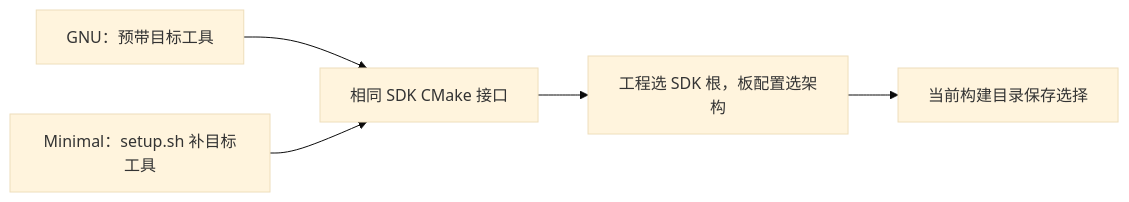
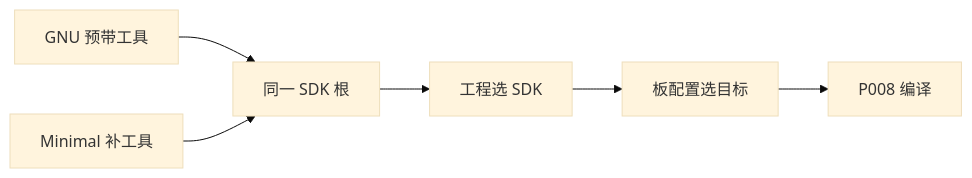
Before and after one commit to FormingSystem/zephyr_hc32f4a0: the second of 2 diagrams in learning/P01_zephyr_make_project/P001_官方环境安装与源码准备_Linux.md, drawn with Mermaid (base theme). The commit also changed other lines of this file and 83 other files, not shown here.

````diff
--- a/learning/P01_zephyr_make_project/P001_官方环境安装与源码准备_Linux.md
+++ b/learning/P01_zephyr_make_project/P001_官方环境安装与源码准备_Linux.md
@@ -303,7 +308,8 @@
 ```mermaid
 flowchart LR
-    A["GNU：预带目标工具"] --> C["相同 SDK CMake 接口"]
-    B["Minimal：setup.sh 补目标工具"] --> C
-    C --> D["工程选 SDK 根，板配置选架构"]
-    D --> E["当前构建目录保存选择"]
+    A["GNU 预带工具"] --> C["同一 SDK 根"]
+    B["Minimal 补工具"] --> C
+    C --> D["工程选 SDK"]
+    D --> E["板配置选目标"]
+    E --> F["P008 编译"]
 ```
````
